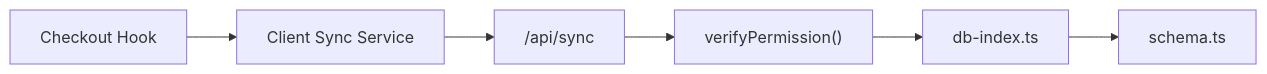
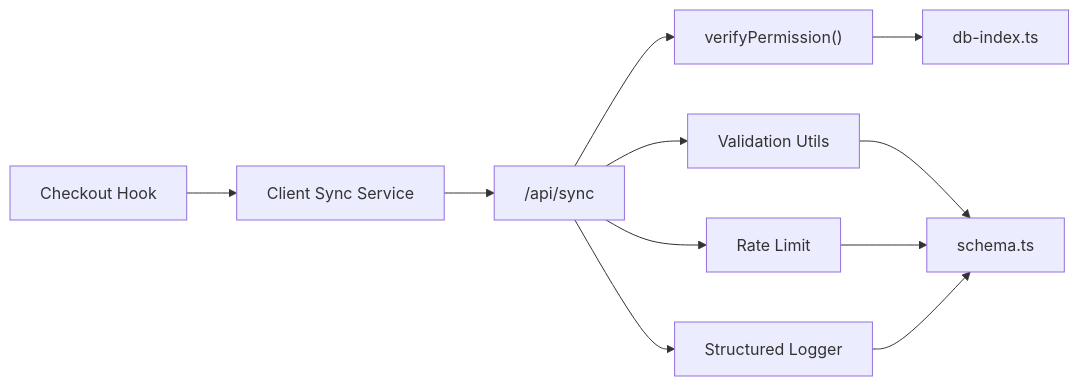
One commit to riod94/ngepos changed the third of 3 diagrams in .qoder/repowiki/en/content/API Reference/Synchronization API.md. Above: the diagram before and after it, drawn with Mermaid. The commit also changed other lines of this file and 51 other files, not shown here.

````diff
--- a/.qoder/repowiki/en/content/API Reference/Synchronization API.md
+++ b/.qoder/repowiki/en/content/API Reference/Synchronization API.md
@@ -311,8 +411,13 @@
 ```mermaid
 graph LR
 CS["Client Sync Service"] --> EP["/api/sync"]
 CH["Checkout Hook"] --> CS
 EP --> AU["verifyPermission()"]
+EP --> VL["Validation Utils"]
+EP --> RL["Rate Limit"]
+EP --> LG["Structured Logger"]
 AU --> DBI["db-index.ts"]
-DBI --> SCH["schema.ts"]
+VL --> SCH["schema.ts"]
+RL --> SCH
+LG --> SCH
 ```
````
